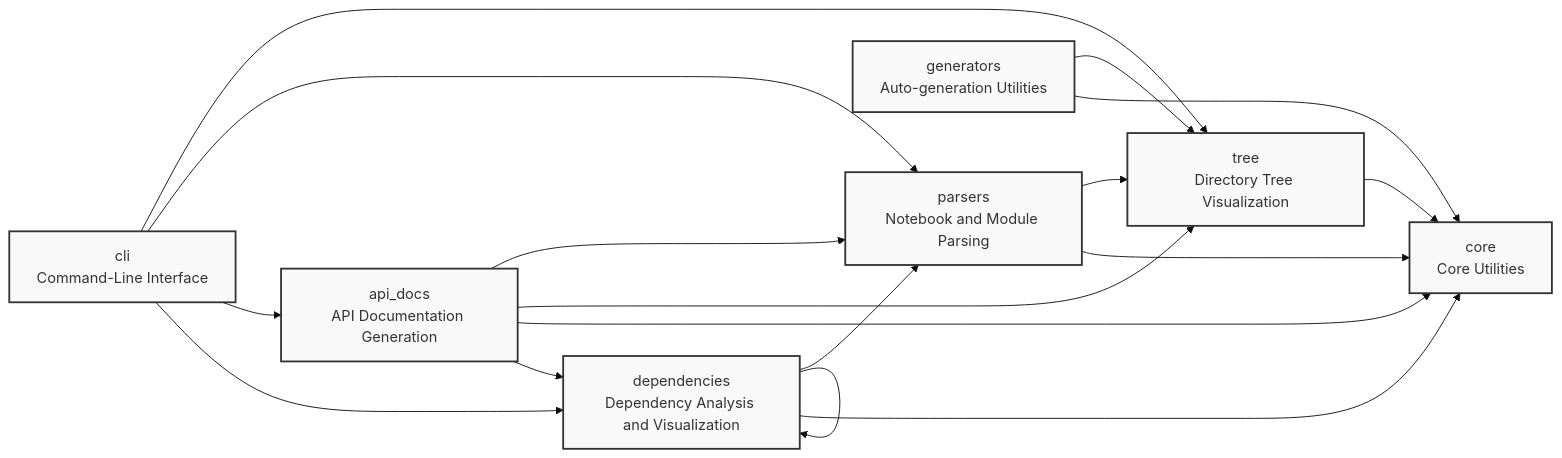
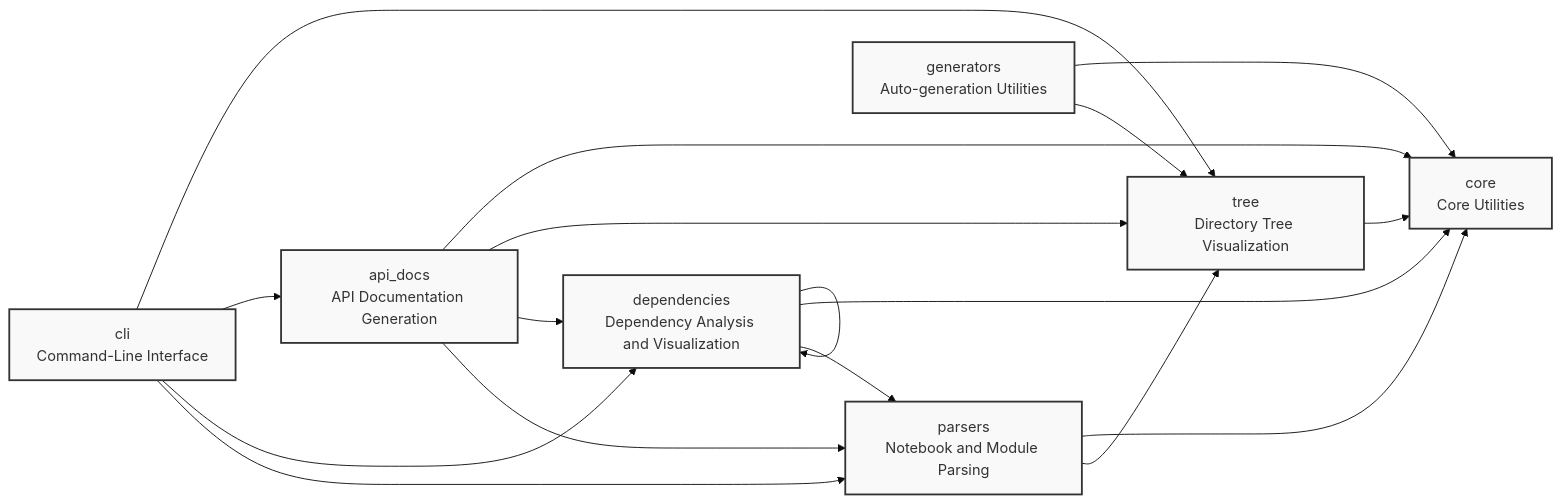
One commit to cj-mills/cjm-nbdev-overview changed the diagram in README.md. Above: the diagram before and after it, drawn with Mermaid (base theme). The commit also changed other lines of this file and 4 other files, not shown here.

````diff
--- a/README.md
+++ b/README.md
@@ -44,29 +44,29 @@
 ``` mermaid
 graph LR
     core[core<br/>Core Utilities]
     parsers[parsers<br/>Notebook and Module Parsing]
     tree[tree<br/>Directory Tree Visualization]
     api_docs[api_docs<br/>API Documentation Generation]
     dependencies[dependencies<br/>Dependency Analysis and Visualization]
     generators[generators<br/>Auto-generation Utilities]
     cli[cli<br/>Command-Line Interface]
 
+    parsers --> core
     parsers --> tree
-    parsers --> core
     tree --> core
+    api_docs --> core
+    api_docs --> tree
+    api_docs --> dependencies
     api_docs --> parsers
-    api_docs --> tree
-    api_docs --> core
-    api_docs --> dependencies
+    dependencies --> core
+    dependencies --> dependencies
     dependencies --> parsers
-    dependencies --> dependencies
-    dependencies --> core
+    generators --> core
     generators --> tree
-    generators --> core
     cli --> tree
-    cli --> parsers
     cli --> api_docs
     cli --> dependencies
+    cli --> parsers
 
     classDef default fill:#f9f9f9,stroke:#333,stroke-width:2px
 ```
````
